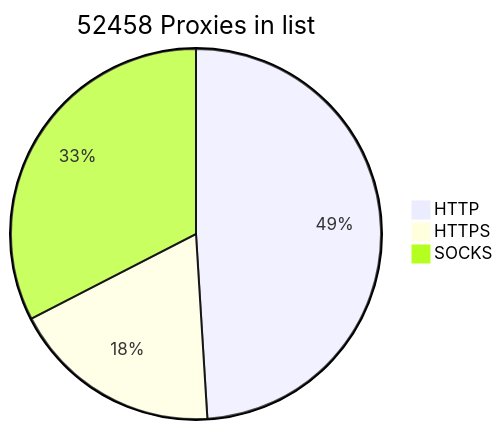
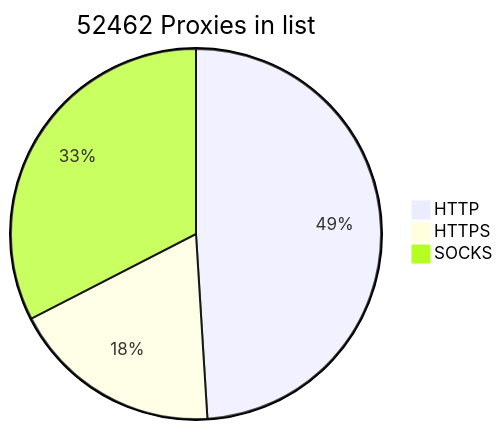
The diagram in README.md (BlackSnowDot/proxylist-update-every-minute), drawn with Mermaid before and after one commit.

````diff
--- a/README.md
+++ b/README.md
@@ -2,6 +2,6 @@
 ```mermaid
-pie title 52458 Proxies in list
+pie title 52462 Proxies in list
     "HTTP" : 28920
-    "HTTPS": 10872
+    "HTTPS": 10876
     "SOCKS" : 19206
 ```
````
